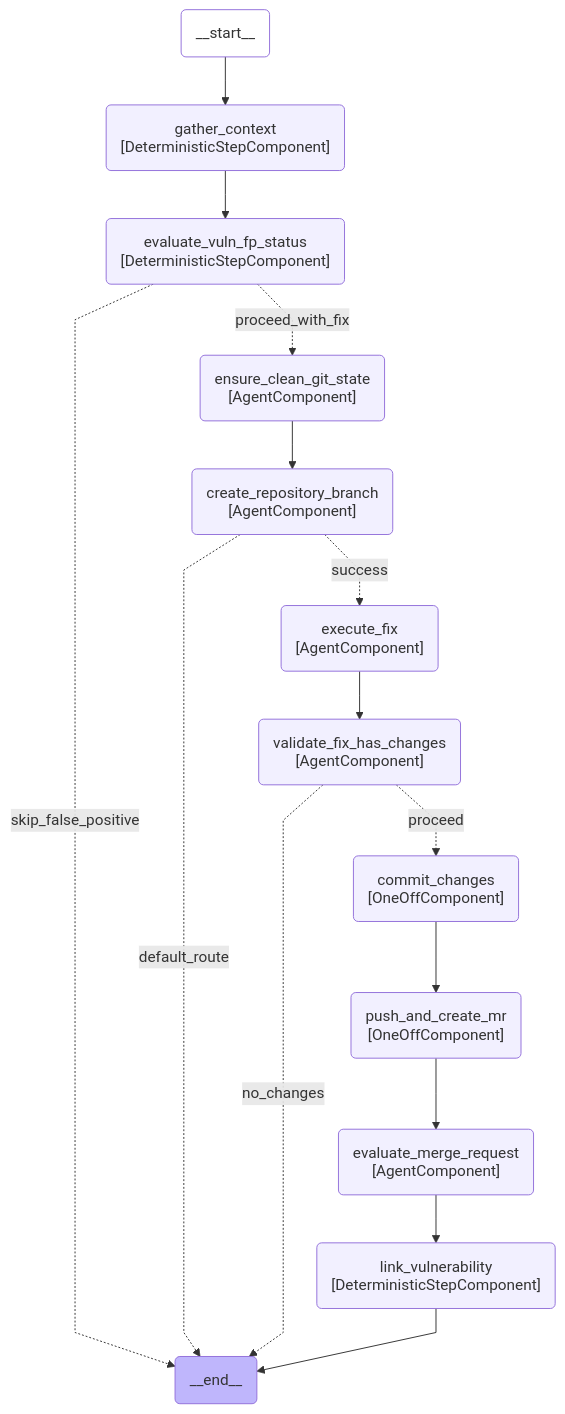
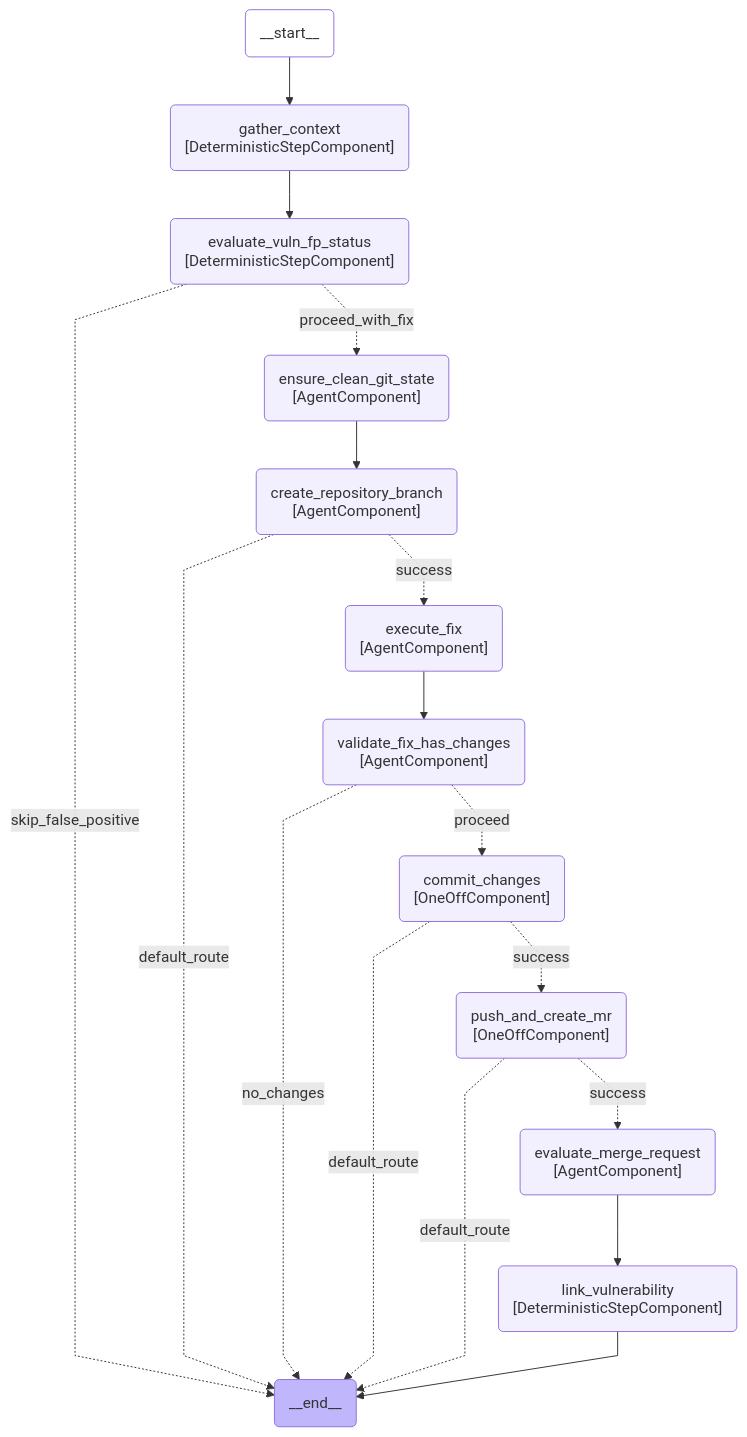
Before and after one commit to movax01h/ai-gateway: diagram 21 of 23 in docs/duo_workflow_service_graphs.md, drawn with Mermaid. The commit also changed other lines of this file and 3 other files, not shown here.

Commit message:
fix(security-flows): gate OneOff failures to prevent KeyError downstream

````diff
--- a/docs/duo_workflow_service_graphs.md
+++ b/docs/duo_workflow_service_graphs.md
@@ -603,37 +603,39 @@
 ```mermaid
 ---
 config:
     flowchart:
         curve: linear
 ---
 graph TD;
     __start__(__start__):::first;
     __end__(__end__):::last;
     __start__ --> gather_context;
     gather_context(gather_context<br>#91;DeterministicStepComponent#93;);
     evaluate_vuln_fp_status(evaluate_vuln_fp_status<br>#91;DeterministicStepComponent#93;);
     ensure_clean_git_state(ensure_clean_git_state<br>#91;AgentComponent#93;);
     create_repository_branch(create_repository_branch<br>#91;AgentComponent#93;);
     execute_fix(execute_fix<br>#91;AgentComponent#93;);
     validate_fix_has_changes(validate_fix_has_changes<br>#91;AgentComponent#93;);
     commit_changes(commit_changes<br>#91;OneOffComponent#93;);
     push_and_create_mr(push_and_create_mr<br>#91;OneOffComponent#93;);
     link_vulnerability(link_vulnerability<br>#91;DeterministicStepComponent#93;);
     evaluate_merge_request(evaluate_merge_request<br>#91;AgentComponent#93;);
     gather_context --> evaluate_vuln_fp_status;
     evaluate_vuln_fp_status -.->|skip_false_positive| __end__;
     evaluate_vuln_fp_status -.->|proceed_with_fix| ensure_clean_git_state;
     ensure_clean_git_state --> create_repository_branch;
     create_repository_branch -.->|success| execute_fix;
     create_repository_branch -.->|default_route| __end__;
     execute_fix --> validate_fix_has_changes;
     validate_fix_has_changes -.->|proceed| commit_changes;
     validate_fix_has_changes -.->|no_changes| __end__;
-    commit_changes --> push_and_create_mr;
-    push_and_create_mr --> evaluate_merge_request;
+    commit_changes -.->|success| push_and_create_mr;
+    commit_changes -.->|default_route| __end__;
+    push_and_create_mr -.->|success| evaluate_merge_request;
+    push_and_create_mr -.->|default_route| __end__;
     evaluate_merge_request --> link_vulnerability;
     link_vulnerability --> __end__;
     classDef default fill:#f2f0ff,line-height:1.2;
     classDef first fill-opacity:0;
     classDef last fill:#bfb6fc;
 ```
````
